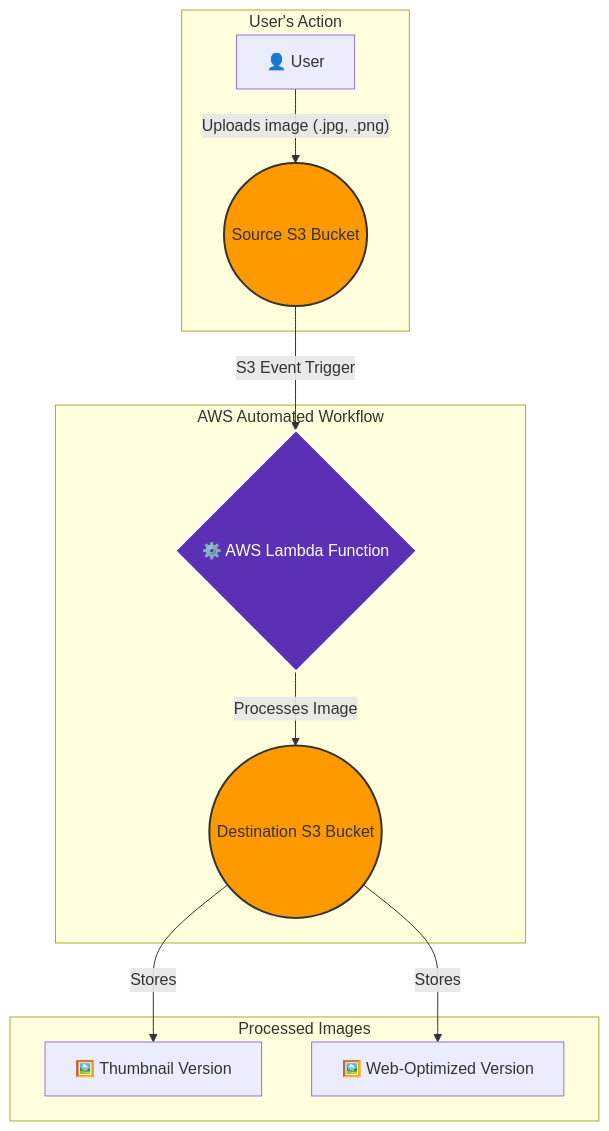
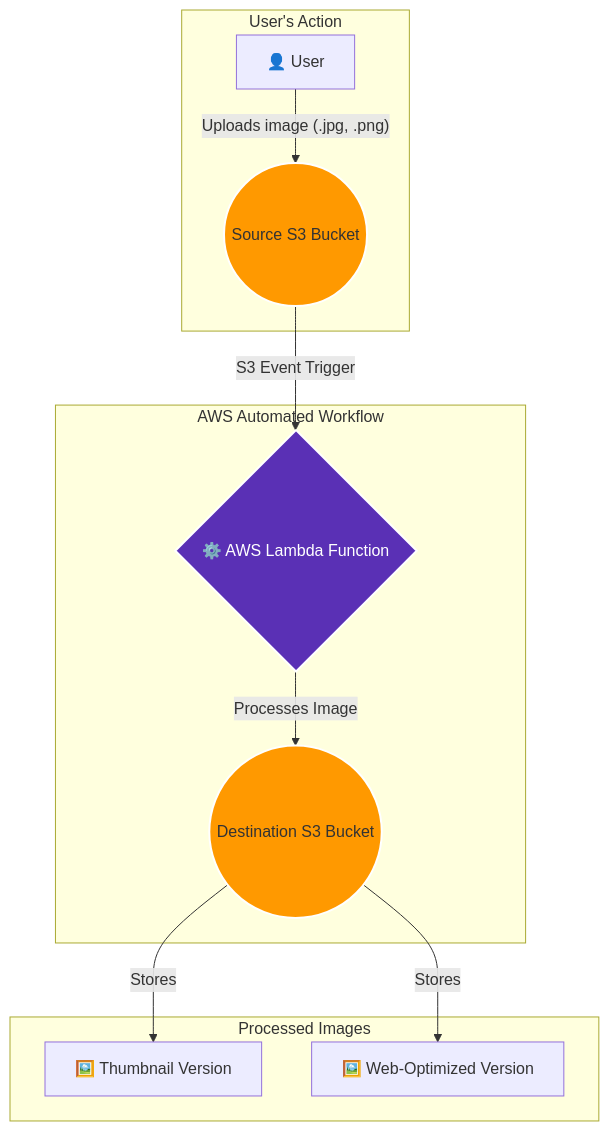
Before and after one commit to yashuhs/aws-image-processing-pipeline: the diagram in README.md, drawn with Mermaid.

`````diff
--- a/README.md
+++ b/README.md
@@ -9,20 +9,20 @@
 ```mermaid
 graph TD;
     subgraph "User's Action"
         A[👤 User] -- Uploads image (.jpg, .png) --> B((Source S3 Bucket));
     end
 
     subgraph "AWS Automated Workflow"
         B -- S3 Event Trigger --> C{⚙️ AWS Lambda Function};
         C -- Processes Image --> D((Destination S3 Bucket));
     end
 
     subgraph "Processed Images"
         D -- Stores --> E[🖼️ Thumbnail Version];
         D -- Stores --> F[🖼️ Web-Optimized Version];
     end
 
-    style B fill:#FF9900,stroke:#333,stroke-width:2px
-    style D fill:#FF9900,stroke:#333,stroke-width:2px
-    style C fill:#5A30B5,stroke:#FFF,stroke-width:2px,color:#FFF
+    style B fill:#FF9900,stroke:#FFFFFF,stroke-width:2px
+    style D fill:#FF9900,stroke:#FFFFFF,stroke-width:2px
+    style C fill:#5A30B5,stroke:#FFFFFF,stroke-width:2px,color:#FFFFFF
 ````
`````
